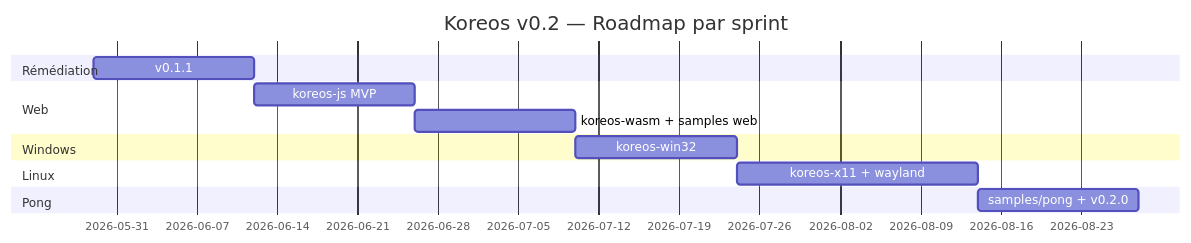
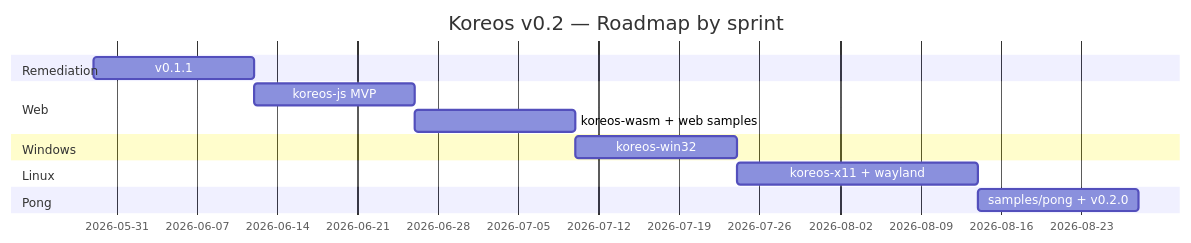
Before and after one commit to ygdrasil-io/poc-koreos: the fourth of 4 diagrams in docs/koreos/specs-v0.2.md, drawn with Mermaid. The commit also changed other lines of this file and 47 other files, not shown here.

````diff
--- a/docs/koreos/specs-v0.2.md
+++ b/docs/koreos/specs-v0.2.md
@@ -771,16 +770,16 @@
 ```mermaid
 gantt
-    title Koreos v0.2 — Roadmap par sprint
+    title Koreos v0.2 — Roadmap by sprint
     dateFormat YYYY-MM-DD
-    section Rémédiation
+    section Remediation
     v0.1.1 :s0, 2026-05-29, 14d
     section Web
     koreos-js MVP :s1, after s0, 14d
-    koreos-wasm + samples web :s2, after s1, 14d
+    koreos-wasm + web samples :s2, after s1, 14d
     section Windows
     koreos-win32 :s3, after s2, 14d
     section Linux
     koreos-x11 + wayland :s4, after s3, 21d
     section Pong
     samples/pong + v0.2.0 :s5, after s4, 14d
 ```
````
